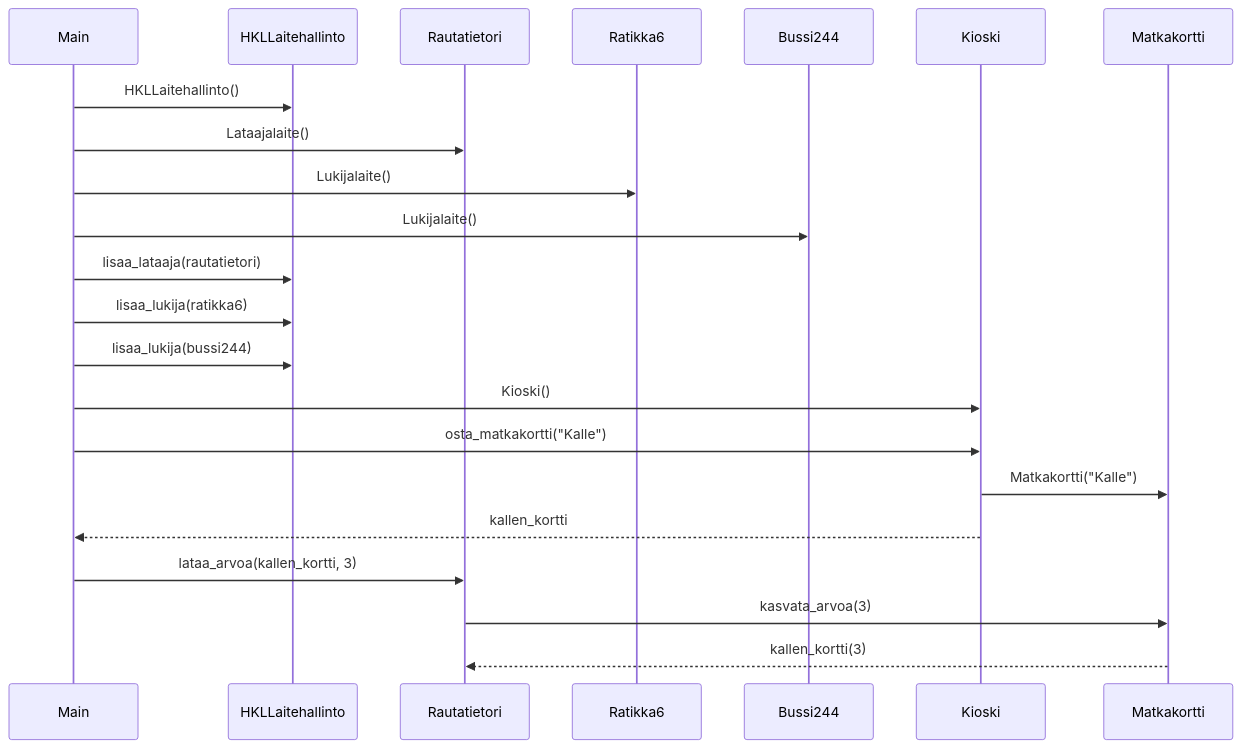
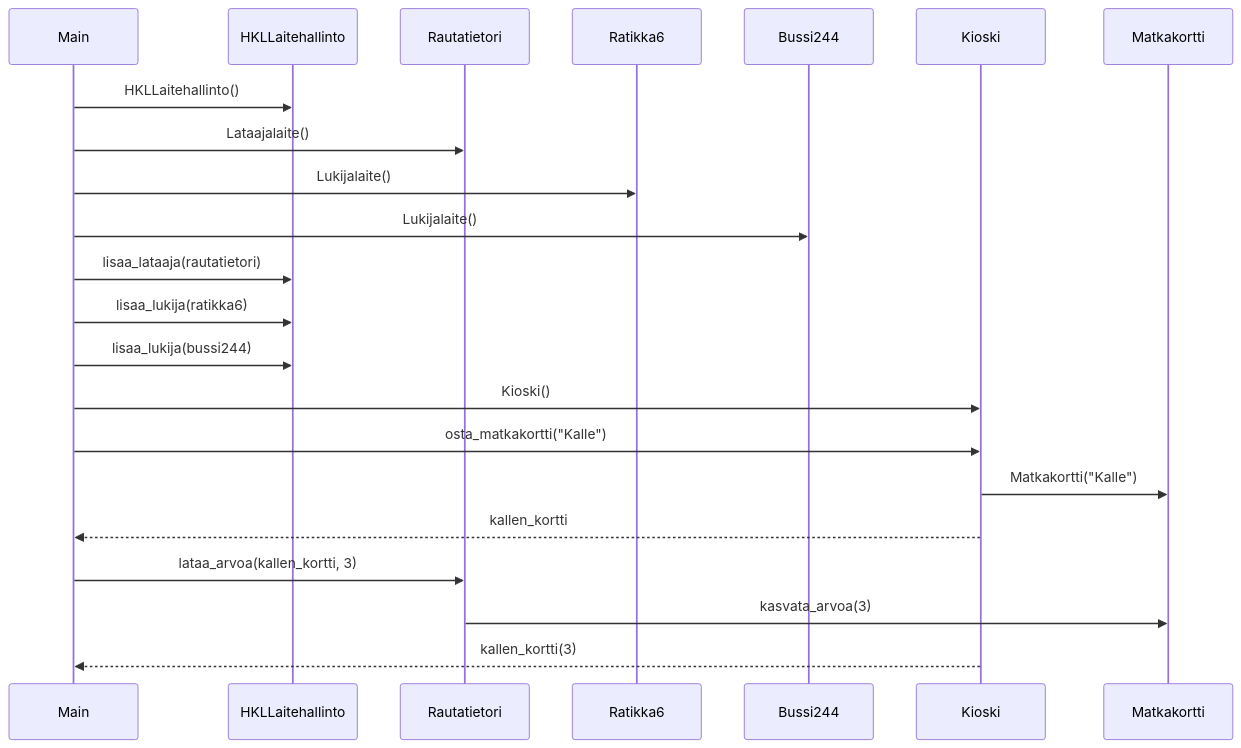
The second of 2 diagrams in laskarit/viikko3/sekvenssikaavio.md (phuvio/ot-harjoitustyo), drawn with Mermaid before and after one commit.

````diff
--- a/laskarit/viikko3/sekvenssikaavio.md
+++ b/laskarit/viikko3/sekvenssikaavio.md
@@ -27,26 +27,26 @@
 ```mermaid
   sequenceDiagram
       participant M as Main
       participant H as HKLLaitehallinto
       participant L as Rautatietori
       participant R as Ratikka6
       participant B as Bussi244
       participant K as Kioski
       participant A as Matkakortti
       
       M->>H: HKLLaitehallinto()
       M->>L: Lataajalaite()
       M->>R: Lukijalaite()
       M->>B: Lukijalaite()
       M->>H: lisaa_lataaja(rautatietori)
       M->>H: lisaa_lukija(ratikka6)
       M->>H: lisaa_lukija(bussi244)
       M->>K: Kioski()
       M->>K: osta_matkakortti("Kalle")
       K->>A: Matkakortti("Kalle")
       K-->>M: kallen_kortti
       M->>L: lataa_arvoa(kallen_kortti, 3)
       L->>A: kasvata_arvoa(3)
-      A-->>L: kallen_kortti(3)
+      K-->>M: kallen_kortti(3)
       
 ```
````
